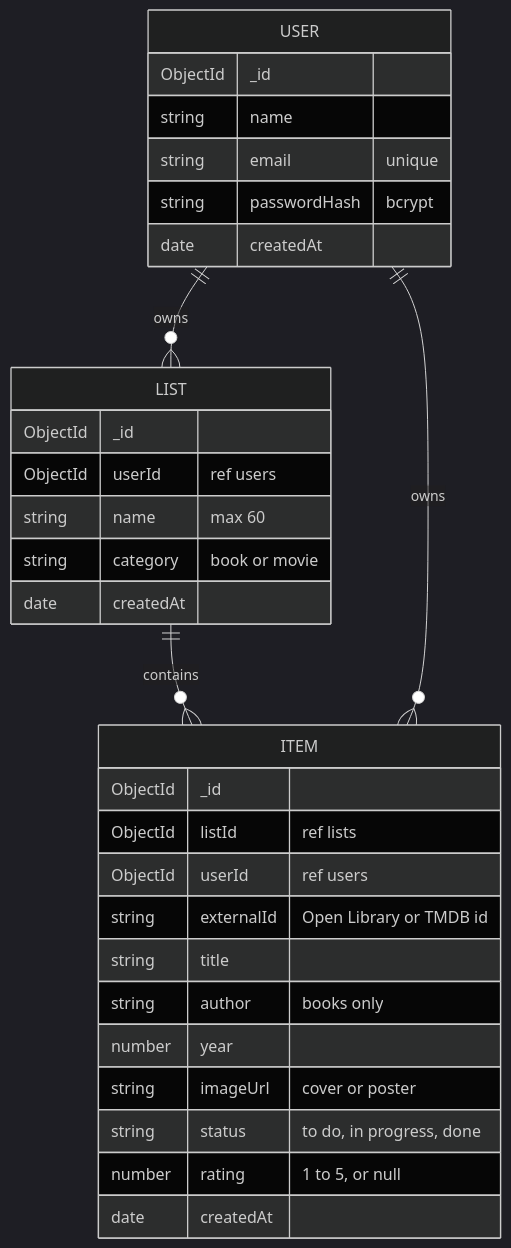
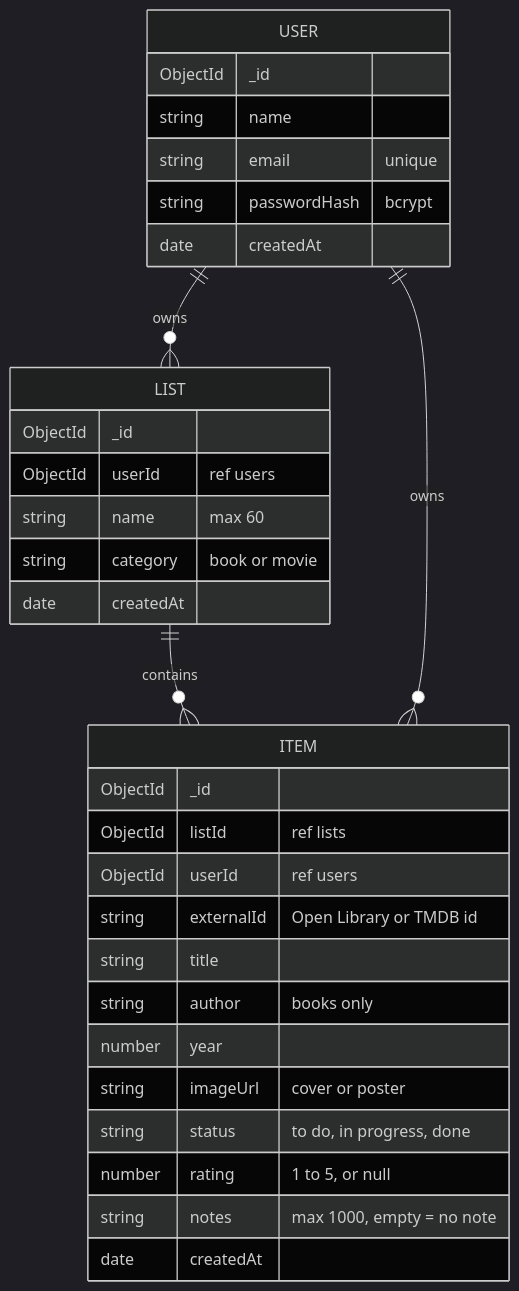
The diagram in README.md (sawankristy/nextup), drawn with Mermaid (dark theme) before and after one commit. The commit also changed other lines of this file and 8 other files, not shown here.

````diff
--- a/README.md
+++ b/README.md
@@ -84,33 +85,34 @@
 ```mermaid
 erDiagram
   USER ||--o{ LIST : owns
   LIST ||--o{ ITEM : contains
   USER ||--o{ ITEM : owns
   USER {
     ObjectId _id
     string name
     string email "unique"
     string passwordHash "bcrypt"
     date createdAt
   }
   LIST {
     ObjectId _id
     ObjectId userId "ref users"
     string name "max 60"
     string category "book or movie"
     date createdAt
   }
   ITEM {
     ObjectId _id
     ObjectId listId "ref lists"
     ObjectId userId "ref users"
     string externalId "Open Library or TMDB id"
     string title
     string author "books only"
     number year
     string imageUrl "cover or poster"
     string status "to do, in progress, done"
     number rating "1 to 5, or null"
+    string notes "max 1000, empty = no note"
     date createdAt
   }
 ```
````
